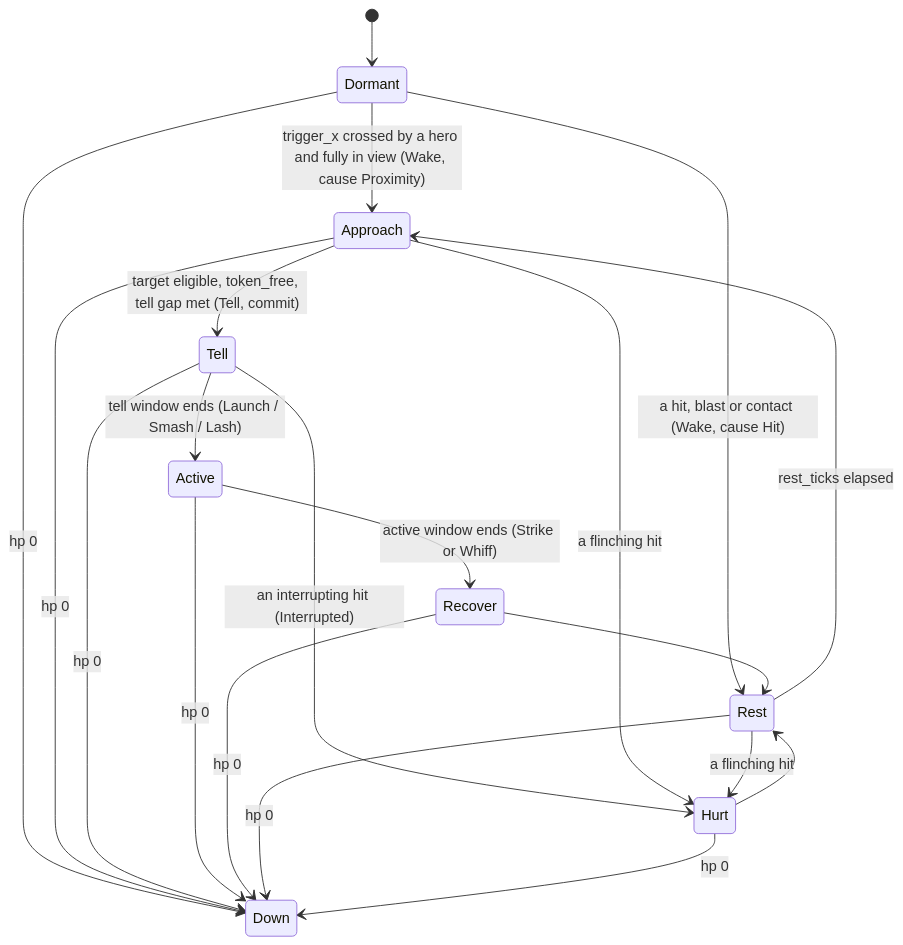
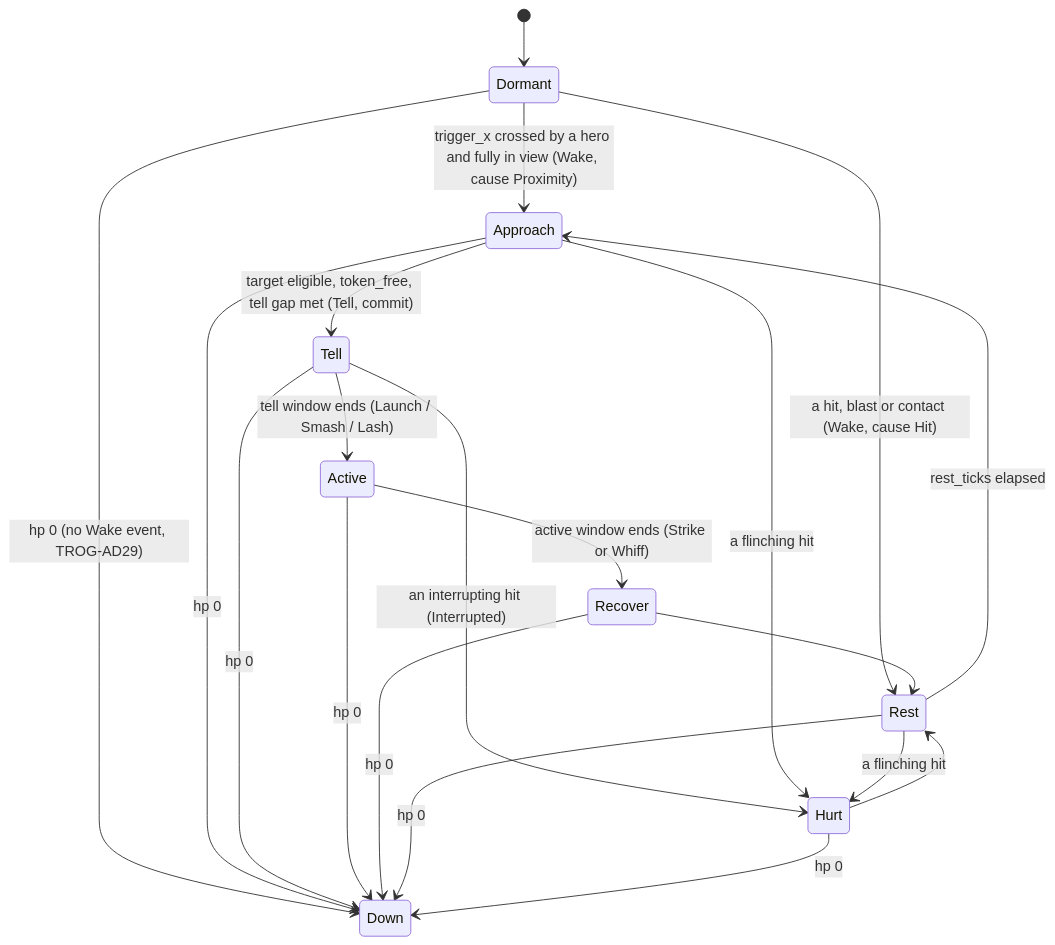
One commit to pando85/dungeon-floorbreak changed the diagram in docs/01-design/floor-01-troglodyte-integration.md. Above: the diagram before and after it, drawn with Mermaid. The commit also changed other lines of this file and 80 other files, not shown here.

````diff
--- a/docs/01-design/floor-01-troglodyte-integration.md
+++ b/docs/01-design/floor-01-troglodyte-integration.md
@@ -220,22 +220,22 @@
 ```mermaid
 stateDiagram-v2
     [*] --> Dormant
     Dormant --> Approach: trigger_x crossed by a hero and fully in view (Wake, cause Proximity)
     Dormant --> Rest: a hit, blast or contact (Wake, cause Hit)
-    Dormant --> Down: hp 0
+    Dormant --> Down: hp 0 (no Wake event, TROG-AD29)
     Approach --> Tell: target eligible, token_free, tell gap met (Tell, commit)
     Tell --> Active: tell window ends (Launch / Smash / Lash)
     Tell --> Hurt: an interrupting hit (Interrupted)
     Active --> Recover: active window ends (Strike or Whiff)
     Recover --> Rest
     Rest --> Approach: rest_ticks elapsed
     Approach --> Hurt: a flinching hit
     Rest --> Hurt: a flinching hit
     Hurt --> Rest
     Approach --> Down: hp 0
     Tell --> Down: hp 0
     Active --> Down: hp 0
     Recover --> Down: hp 0
     Rest --> Down: hp 0
     Hurt --> Down: hp 0
 ```
````
